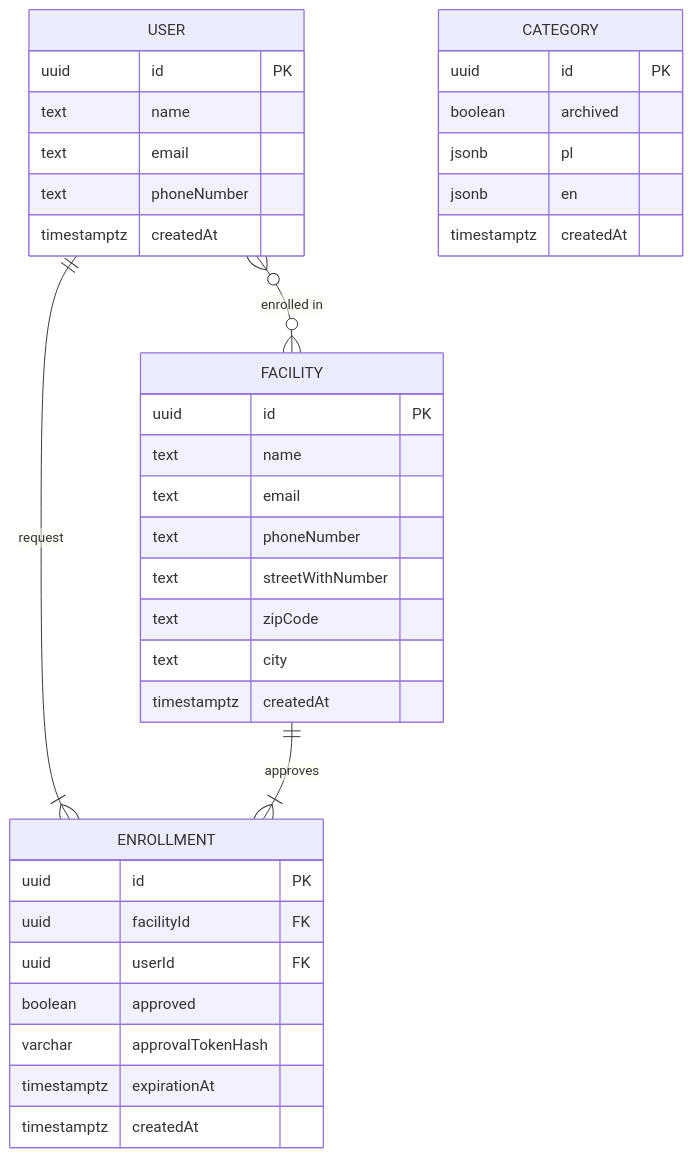
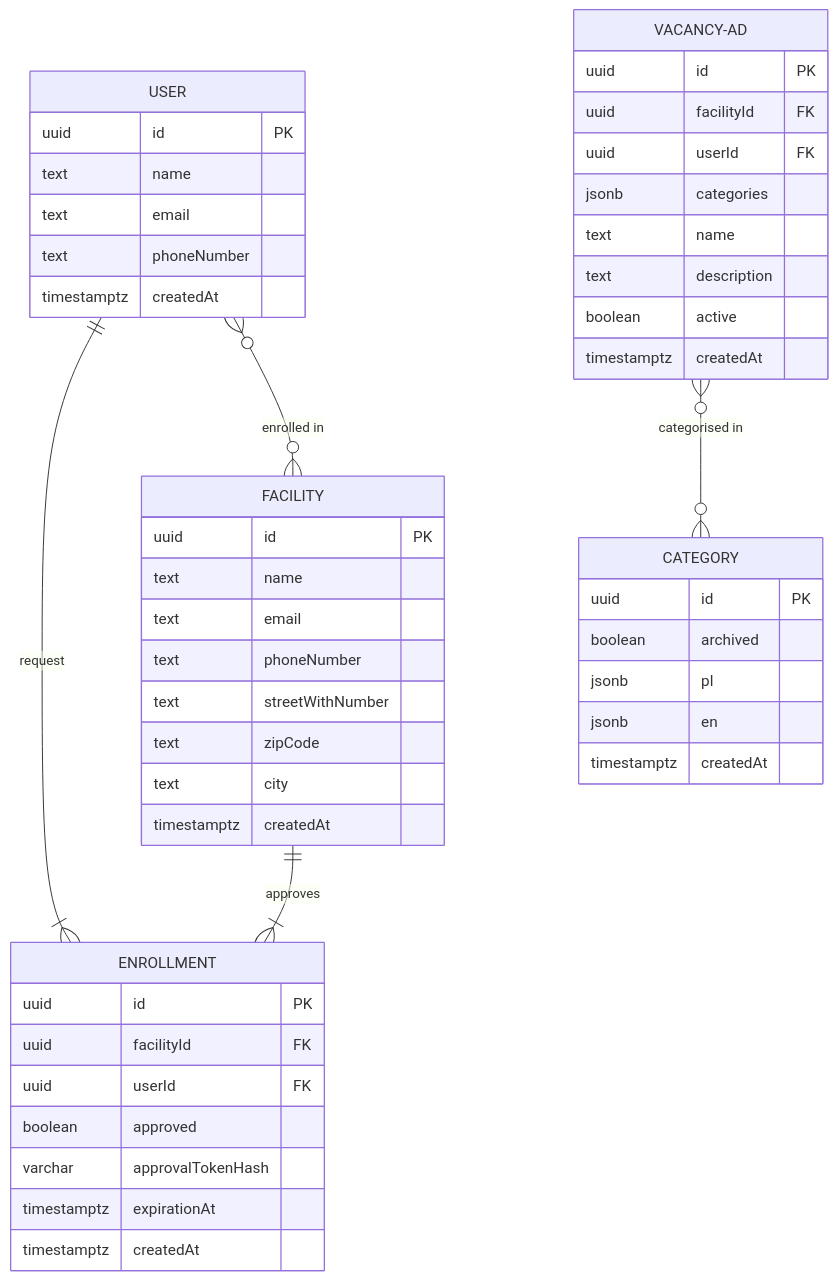
The diagram in docs/er-model.md (tbekas/przekazpacjenta), drawn with Mermaid before and after one commit. The commit also changed 12 other files, not shown here.

````diff
--- a/docs/er-model.md
+++ b/docs/er-model.md
@@ -11,39 +11,50 @@
 ```mermaid
 erDiagram
   USER ||--|{ ENROLLMENT : request
   FACILITY ||--|{ ENROLLMENT : approves
   USER }o--o{ FACILITY : "enrolled in"
+  VACANCY-AD }o--o{ CATEGORY : "categorised in"
   USER {
     uuid id PK
     text name
     text email
     text phoneNumber
     timestamptz createdAt
   }
   FACILITY {
     uuid id PK
     text name
     text email
     text phoneNumber
     text streetWithNumber
     text zipCode
     text city
     timestamptz createdAt
   }
   ENROLLMENT {
     uuid id PK
     uuid facilityId FK
     uuid userId FK
     boolean approved
     varchar approvalTokenHash
     timestamptz expirationAt
     timestamptz createdAt
   }
   CATEGORY {
     uuid id PK
     boolean archived
     jsonb pl
     jsonb en
     timestamptz createdAt
   }
+  VACANCY-AD {
+    uuid id PK
+    uuid facilityId FK
+    uuid userId FK
+    jsonb categories
+    text name
+    text description
+    boolean active
+    timestamptz createdAt
+  }
 ```
````
